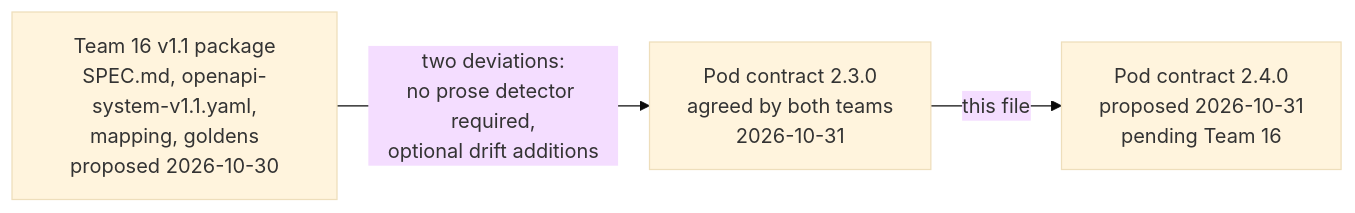
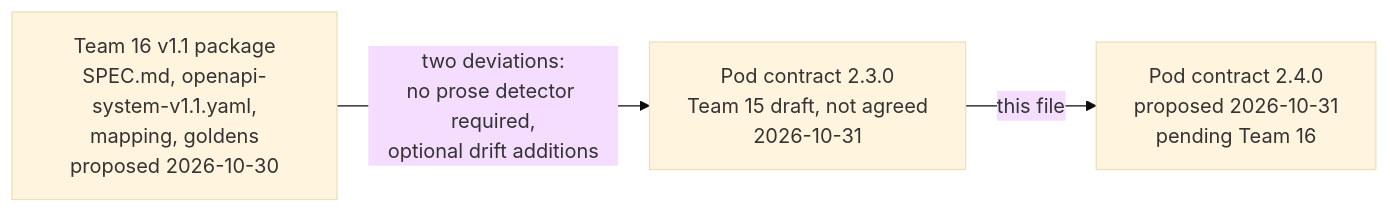
One commit to MuhammadSban/DocumentationModelDrifter changed the first of 3 diagrams in docs/history/contract-2.4.0-changes.md. Above: the diagram before and after it, drawn with Mermaid (base theme). The commit also changed other lines of this file and 4 other files, not shown here.

First line of the commit message:
Say no contract version is agreed yet; 2.4.0 is pending Team 16

````diff
--- a/docs/history/contract-2.4.0-changes.md
+++ b/docs/history/contract-2.4.0-changes.md
@@ -12,8 +12,8 @@
 ```mermaid
 flowchart LR
     V11["Team 16 v1.1 package<br/>SPEC.md, openapi-system-v1.1.yaml,<br/>mapping, goldens<br/>proposed 2026-10-30"]
-    C23["Pod contract 2.3.0<br/>agreed by both teams<br/>2026-10-31"]
+    C23["Pod contract 2.3.0<br/>Team 15 draft, not agreed<br/>2026-10-31"]
     C24["Pod contract 2.4.0<br/>proposed 2026-10-31<br/>pending Team 16"]
     V11 -->|"two deviations:<br/>no prose detector required,<br/>optional drift additions"| C23
     C23 -->|"this file"| C24
 ```
````
